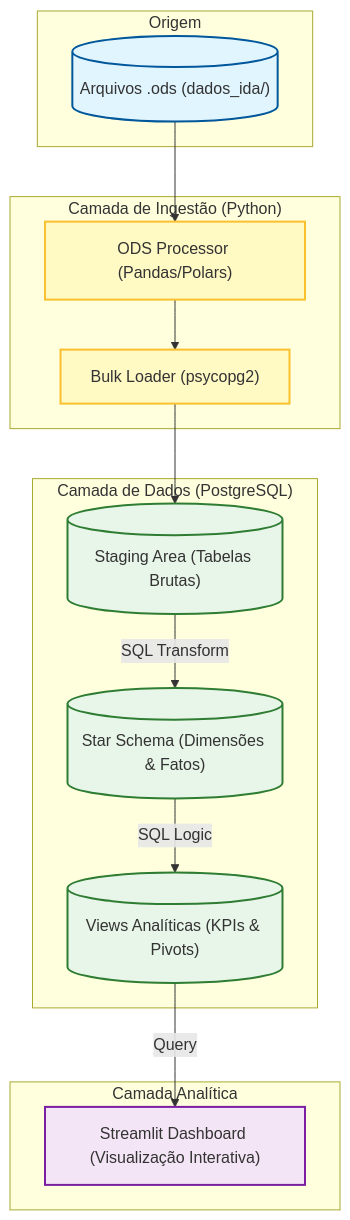
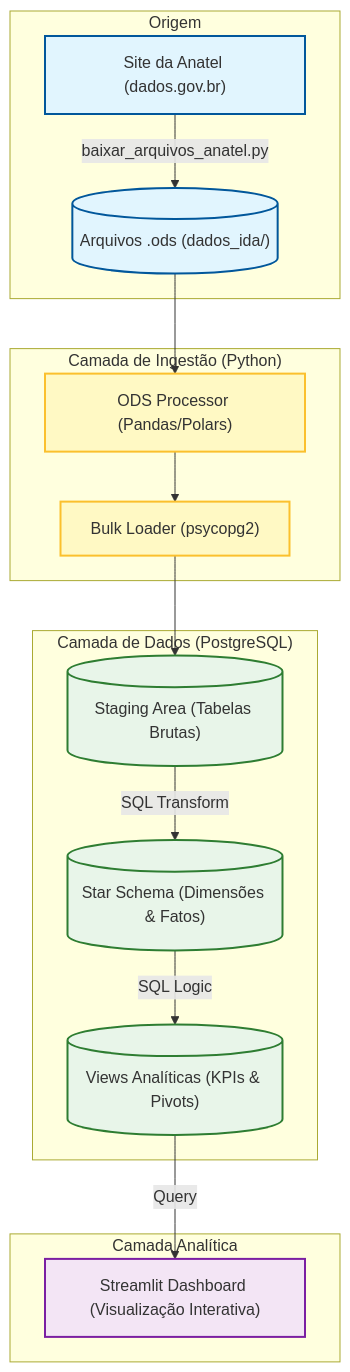
One commit to euvanessa-prado/beanalytic_case_ida_anatel changed the diagram in README.md. Above: the diagram before and after it, drawn with Mermaid. The commit also changed other lines of this file, not shown here.

Commit message:
docs: incluir 'Site da Anatel (dados.gov.br)' na arquitetura e referenciar URL no fluxo

````diff
--- a/README.md
+++ b/README.md
@@ -88,39 +89,41 @@
 ```mermaid
 graph TD
     %% Styles
     classDef source fill:#e1f5fe,stroke:#01579b,stroke-width:2px;
     classDef process fill:#fff9c4,stroke:#fbc02d,stroke-width:2px;
     classDef db fill:#e8f5e9,stroke:#2e7d32,stroke-width:2px;
     classDef viz fill:#f3e5f5,stroke:#7b1fa2,stroke-width:2px;
 
     %% Source
     subgraph Origem ["Origem"]
+        Portal["Site da Anatel (dados.gov.br)"]:::source
         ODS[("Arquivos .ods (dados_ida/)")]:::source
+        Portal -->|baixar_arquivos_anatel.py| ODS
     end
 
     %% Ingestion Layer
     subgraph Ingestao ["Camada de Ingestão (Python)"]
         Processor["ODS Processor (Pandas/Polars)"]:::process
         Loader["Bulk Loader (psycopg2)"]:::process
     end
 
     %% Data Layer
     subgraph Dados ["Camada de Dados (PostgreSQL)"]
         Staging[("Staging Area (Tabelas Brutas)")]:::db
         StarSchema[("Star Schema (Dimensões & Fatos)")]:::db
         Views[("Views Analíticas (KPIs & Pivots)")]:::db
     end
 
     %% Analytics Layer
     subgraph Analitico ["Camada Analítica"]
         Streamlit["Streamlit Dashboard (Visualização Interativa)"]:::viz
     end
 
     %% Relationships
     ODS --> Processor
     Processor --> Loader
     Loader --> Staging
     Staging -->|SQL Transform| StarSchema
     StarSchema -->|SQL Logic| Views
     Views -->|Query| Streamlit
 ```
````
